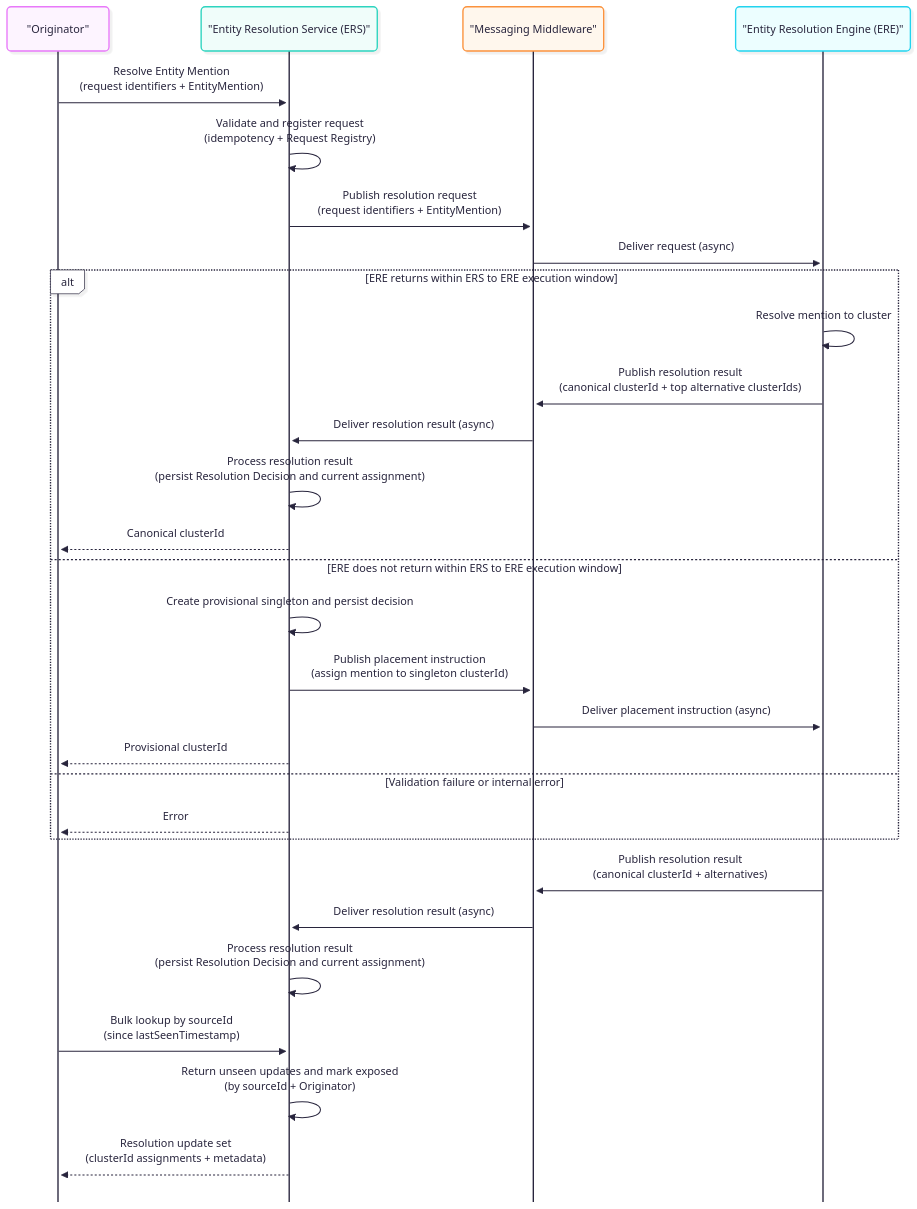
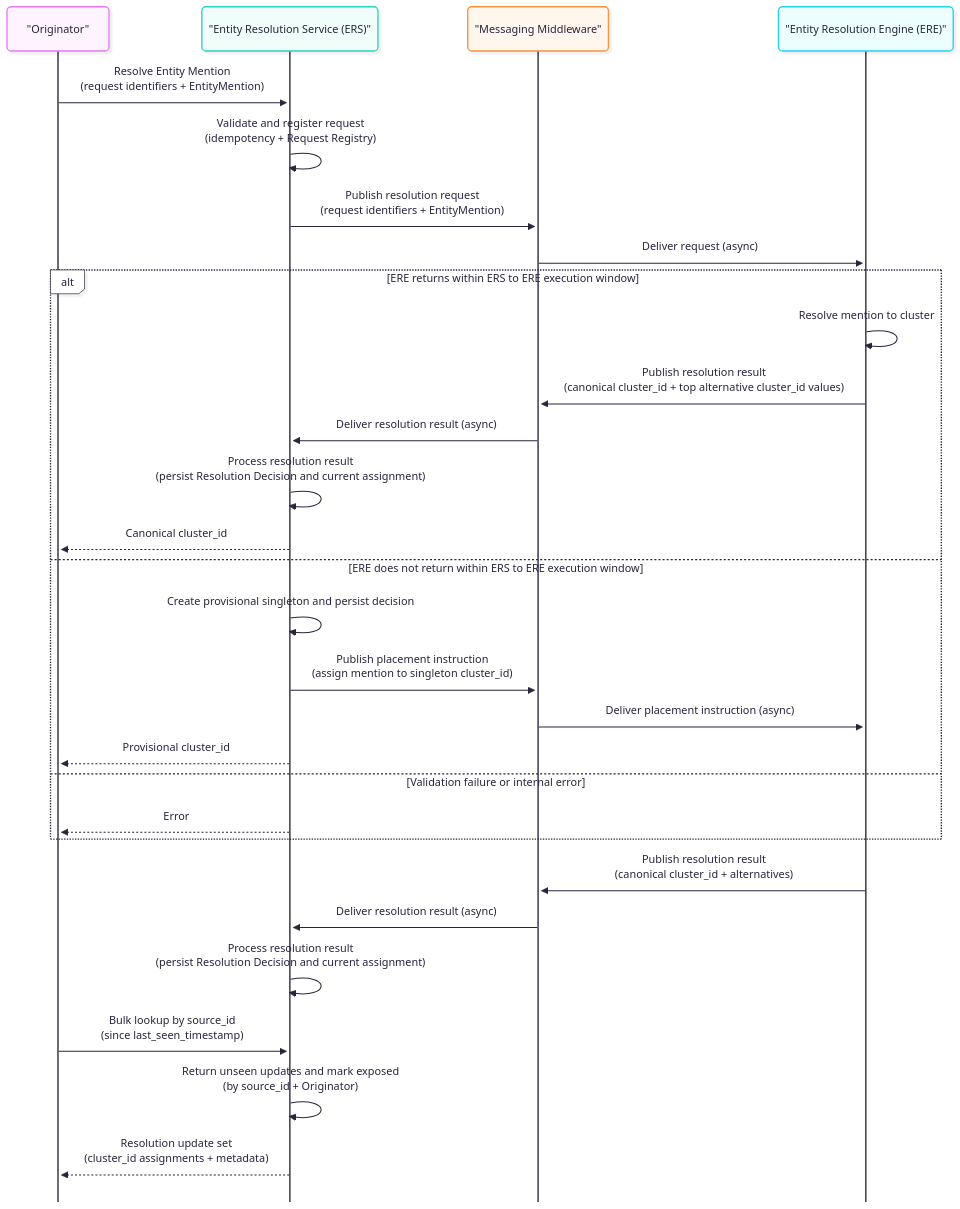
Before and after one commit to OP-TED/entity-resolution-docs: the diagram in docs/modules/ROOT/pages/ERSArchitecture/spine-0-e2e.adoc, drawn with Mermaid. The commit also changed other lines of this file and 15 other files, not shown here.

Commit message:
docs: revise architecture section

```diff
--- a/docs/modules/ROOT/pages/ERSArchitecture/spine-0-e2e.adoc
+++ b/docs/modules/ROOT/pages/ERSArchitecture/spine-0-e2e.adoc
@@ -7,53 +7,53 @@
-[mermaid]
+[mermaid, align=center]
 ----
 ---
 config:
   look: neo
   theme: redux-color
   mirrorActors: false
   sequence:
     bottomMarginAdj: 0.1
 ---
 sequenceDiagram
 %% Maps to EA diagram: UML Sequence (conceptual E2E overview)
-%% Aligned with UCB11 (intake), UC12 (result processing), UC1.3 (bulk lookup)
+%% Aligned with UC-B1.1 (intake), UC-B1.2 (result processing), UC-B1.3 (bulk lookup)
 %% ERSys collapsed to single ERS lifeline
 
 participant Originator as "Originator"
 participant ERS as "Entity Resolution Service (ERS)"
 participant MessagingMiddleware as "Messaging Middleware"
 participant ERE as "Entity Resolution Engine (ERE)"
 
-%% Phase 1 — Resolve request (UCB11)
+%% Phase 1 - Resolve request (UC-B1.1)
 Originator ->> ERS: Resolve Entity Mention<br/>(request identifiers + EntityMention)
 ERS ->> ERS: Validate and register request<br/>(idempotency + Request Registry)
 
 ERS ->> MessagingMiddleware: Publish resolution request<br/>(request identifiers + EntityMention)
 MessagingMiddleware ->> ERE: Deliver request (async)
 
 alt ERE returns within ERS to ERE execution window
     ERE ->> ERE: Resolve mention to cluster
-    ERE ->> MessagingMiddleware: Publish resolution result<br/>(canonical clusterId + top alternative clusterIds)
+    ERE ->> MessagingMiddleware: Publish resolution result<br/>(canonical cluster_id + top alternative cluster_id values)
     MessagingMiddleware ->> ERS: Deliver resolution result (async)
     ERS ->> ERS: Process resolution result<br/>(persist Resolution Decision and current assignment)
-    ERS -->> Originator: Canonical clusterId
+    ERS -->> Originator: Canonical cluster_id
 else ERE does not return within ERS to ERE execution window
     ERS ->> ERS: Create provisional singleton and persist decision
-    ERS ->> MessagingMiddleware: Publish placement instruction<br/>(assign mention to singleton clusterId)
+    ERS ->> MessagingMiddleware: Publish placement instruction<br/>(assign mention to singleton cluster_id)
     MessagingMiddleware ->> ERE: Deliver placement instruction (async)
-    ERS -->> Originator: Provisional clusterId
+    ERS -->> Originator: Provisional cluster_id
 else Validation failure or internal error
     ERS -->> Originator: Error
 end
 
-%% Phase 2 — Late or duplicate resolution results (UC12)
-ERE ->> MessagingMiddleware: Publish resolution result<br/>(canonical clusterId + alternatives)
+%% Phase 2 - Late or duplicate resolution results (UC-B1.2)
+ERE ->> MessagingMiddleware: Publish resolution result<br/>(canonical cluster_id + alternatives)
 MessagingMiddleware ->> ERS: Deliver resolution result (async)
 ERS ->> ERS: Process resolution result<br/>(persist Resolution Decision and current assignment)
 
-%% Phase 3 — Bulk lookup by source (UC1.3)
-Originator ->> ERS: Bulk lookup by sourceId<br/>(since lastSeenTimestamp)
-ERS ->> ERS: Return unseen updates and mark exposed<br/>(by sourceId + Originator)
-ERS -->> Originator: Resolution update set<br/>(clusterId assignments + metadata)
+%% Phase 3 - Bulk lookup by source (UC-B1.3)
+Originator ->> ERS: Bulk lookup by source_id<br/>(since last_seen_timestamp)
+ERS ->> ERS: Return unseen updates and mark exposed<br/>(by source_id + Originator)
+ERS -->> Originator: Resolution update set<br/>(cluster_id assignments + metadata)
 
 ----
```
